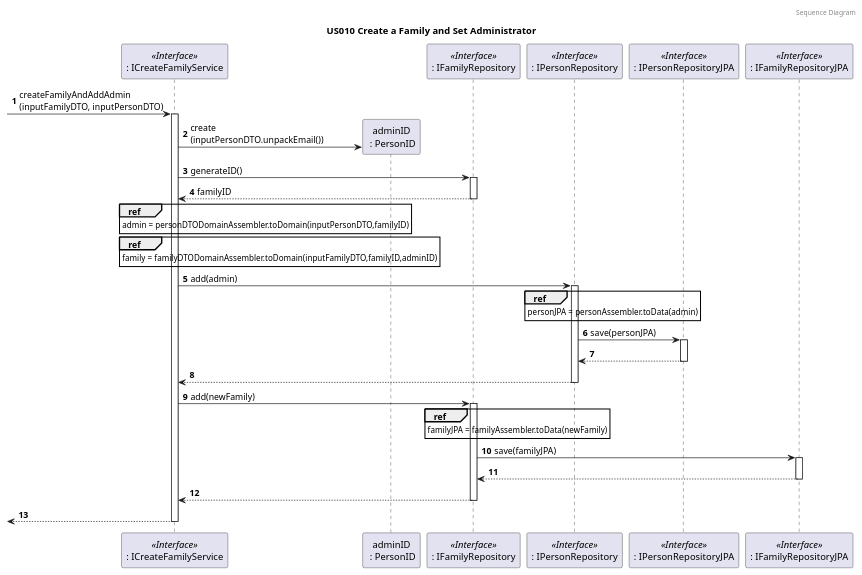
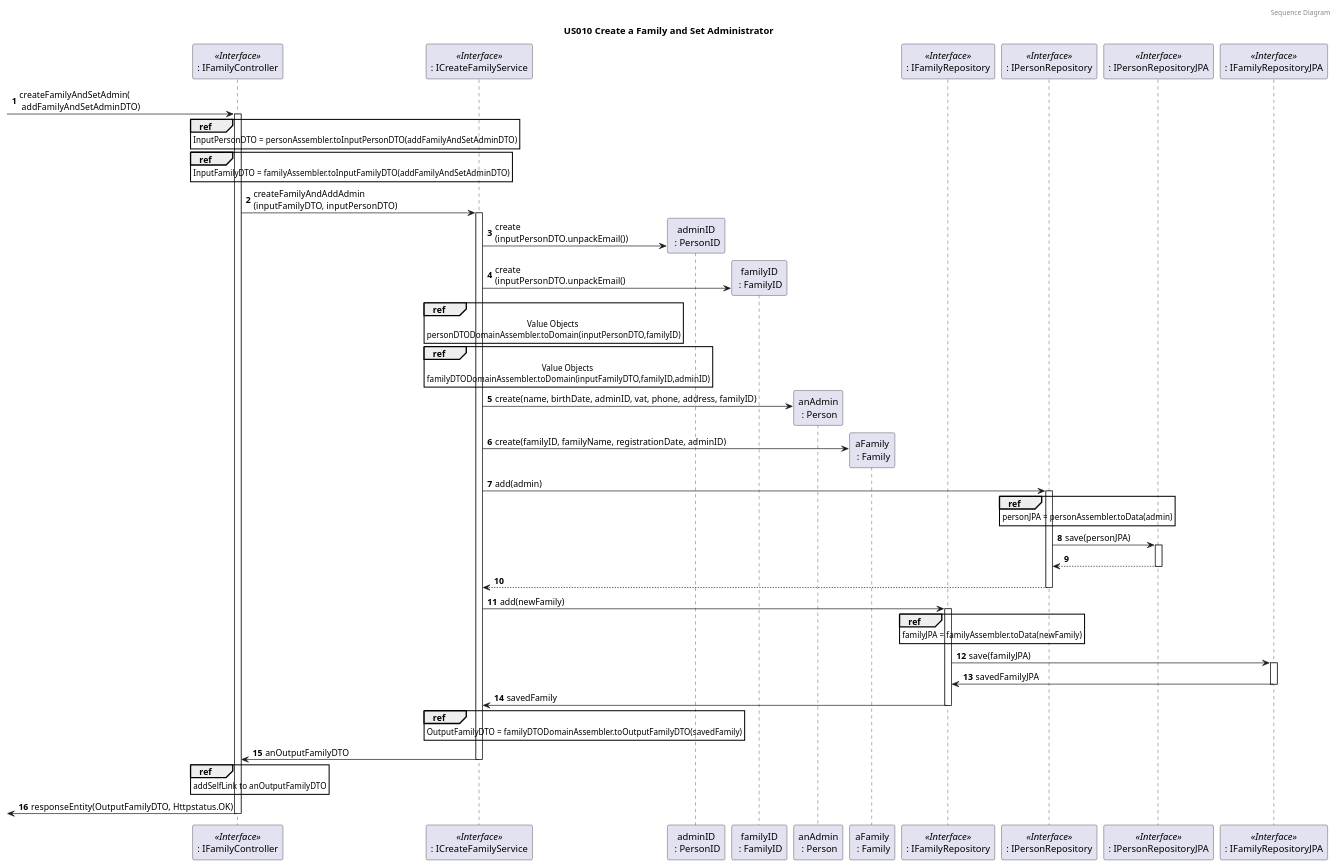
Before and after one commit to tomas-osswald/switch_2020_g3: the fourth of 8 diagrams in docs/sprint4/user_stories/US010_CreateAFamilyAndSetAdministrator.md, drawn with PlantUML. The commit also changed 8 other files, not shown here.

`````diff
--- a/docs/sprint4/user_stories/US010_CreateAFamilyAndSetAdministrator.md
+++ b/docs/sprint4/user_stories/US010_CreateAFamilyAndSetAdministrator.md
@@ -239,9 +239,12 @@
 header Sequence Diagram
 title US010 Create a Family and Set Administrator
 
-
+participant ": IFamilyController" as familyController <<Interface>>
 participant ": ICreateFamilyService" as FamAdminService <<Interface>>
 participant "adminID\n : PersonID" as adminID
+participant "familyID\n : FamilyID" as familyID
+participant "anAdmin\n : Person" as person
+participant "aFamily\n : Family" as family
 participant ": IFamilyRepository" as familyRepository <<Interface>>
 participant ": IPersonRepository" as personRepository <<Interface>>
 participant ": IPersonRepositoryJPA" as personRepositoryJPA <<Interface>>
@@ -249,22 +252,38 @@
 
 note left: especificar nome da instância no participant?
 
--> FamAdminService : createFamilyAndAddAdmin\n(inputFamilyDTO, inputPersonDTO)
+
+-> familyController : createFamilyAndSetAdmin(\n addFamilyAndSetAdminDTO)
+activate familyController
+
+ref over familyController
+   InputPersonDTO = personAssembler.toInputPersonDTO(addFamilyAndSetAdminDTO)
+end
+
+ref over familyController
+   InputFamilyDTO = familyAssembler.toInputFamilyDTO(addFamilyAndSetAdminDTO)
+end
+
+familyController -> FamAdminService : createFamilyAndAddAdmin\n(inputFamilyDTO, inputPersonDTO)
 activate FamAdminService
 
 FamAdminService -> adminID ** : create\n(inputPersonDTO.unpackEmail())
 
-FamAdminService -> familyRepository : generateID()
-activate familyRepository
-return familyID
+FamAdminService -> familyID ** : create\n(inputPersonDTO.unpackEmail()
 
 ref over FamAdminService
-admin = personDTODomainAssembler.toDomain(inputPersonDTO,familyID)
+   Value Objects 
+   personDTODomainAssembler.toDomain(inputPersonDTO,familyID)
 end ref
 
 ref over FamAdminService
-family = familyDTODomainAssembler.toDomain(inputFamilyDTO,familyID,adminID)
+   Value Objects 
+   familyDTODomainAssembler.toDomain(inputFamilyDTO,familyID,adminID)
 end ref
+
+FamAdminService -> person** : create(name, birthDate, adminID, vat, phone, address, familyID)
+
+FamAdminService -> family** : create(familyID, familyName, registrationDate, adminID)
 
 FamAdminService -> personRepository: add(admin)
 activate personRepository
@@ -276,6 +295,7 @@
 personRepository -> personRepositoryJPA: save(personJPA)
 activate personRepositoryJPA
 return
+
 return
 
 FamAdminService -> familyRepository: add(newFamily)
@@ -287,11 +307,26 @@
 
 familyRepository -> familyRepositoryJPA : save(familyJPA)
 activate familyRepositoryJPA
-return
+familyRepositoryJPA -> familyRepository : savedFamilyJPA
+deactivate familyRepositoryJPA
 
-return
+familyRepository -> FamAdminService : savedFamily
+deactivate familyRepository
 
-return
+ref over FamAdminService
+   OutputFamilyDTO = familyDTODomainAssembler.toOutputFamilyDTO(savedFamily)
+end
+
+FamAdminService -> familyController : anOutputFamilyDTO
+
+ref over familyController
+   addSelfLink to anOutputFamilyDTO
+end
+
+deactivate FamAdminService
+
+<- familyController: responseEntity(OutputFamilyDTO, Httpstatus.OK)
+deactivate familyController
 
 @enduml
 ````
`````
